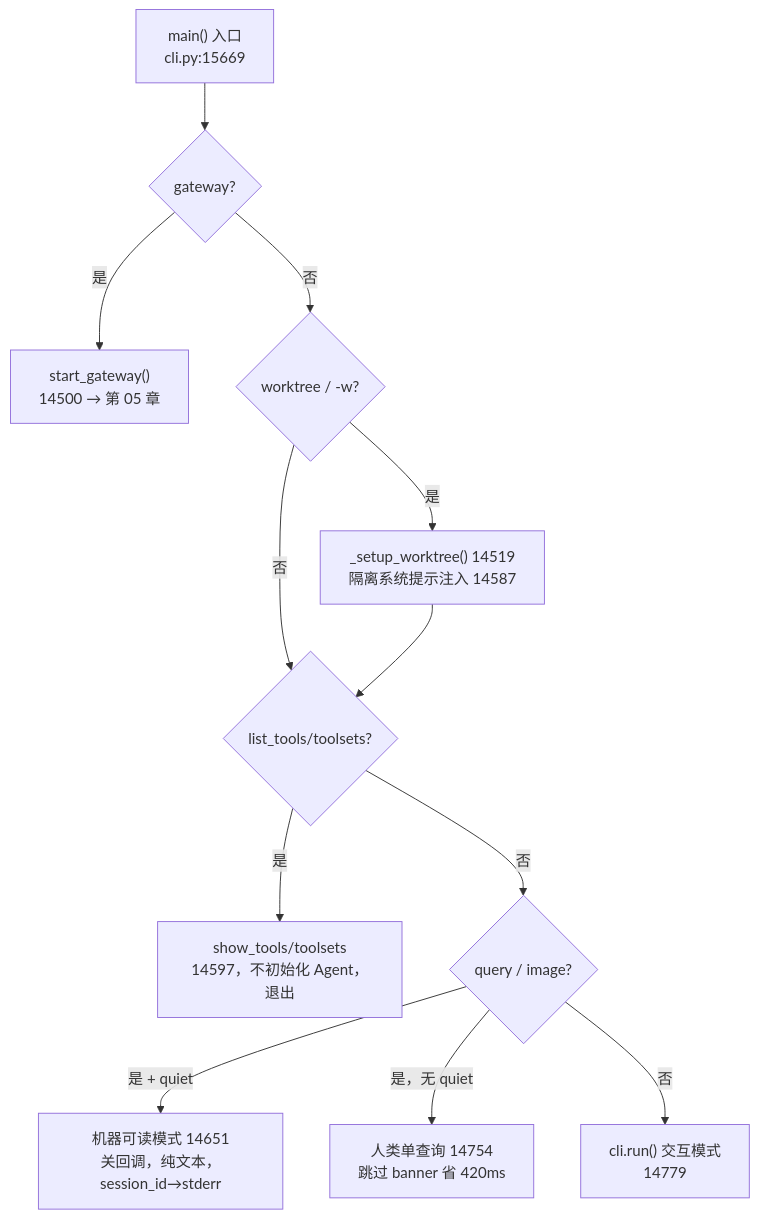
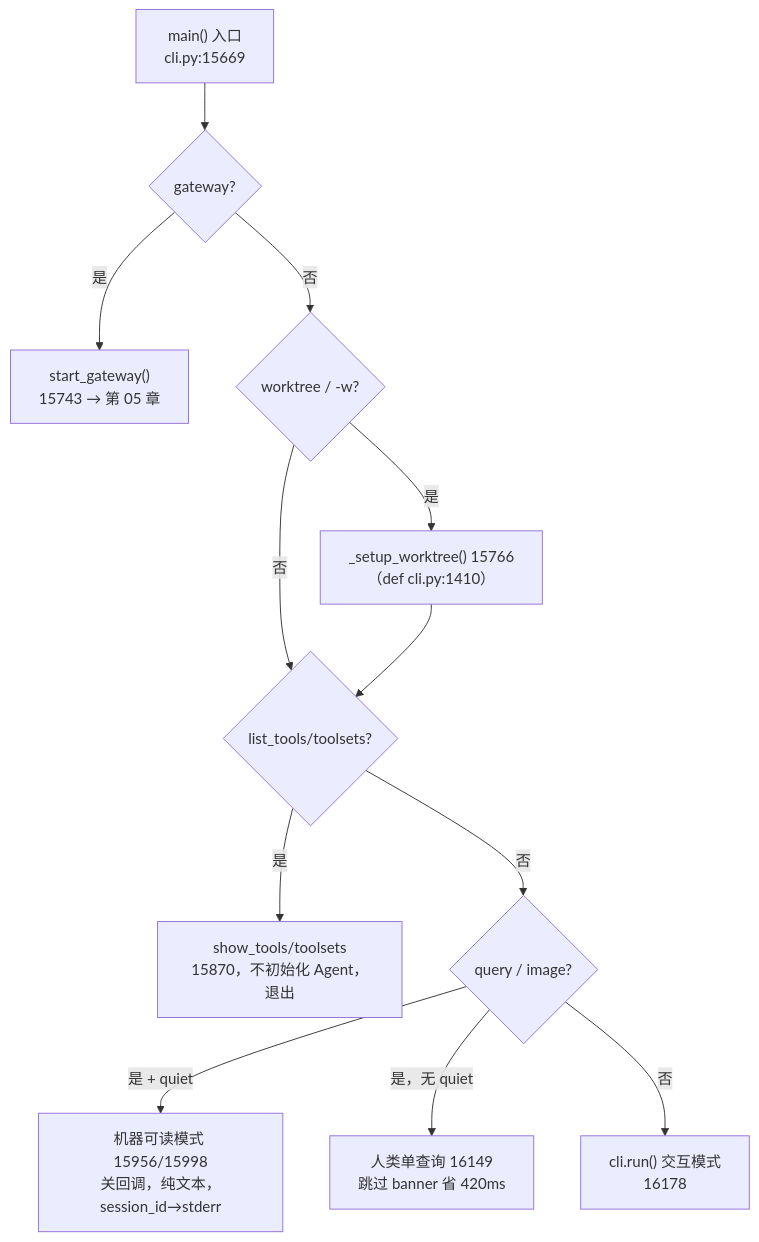
One commit to fang-lin/hermes-agent-code-analysis changed the fourth of 6 diagrams in docs/zh/10-交互界面与运行模式.md. Above: the diagram before and after it, drawn with Mermaid. The commit also changed other lines of this file and 1 other file, not shown here.

````diff
--- a/docs/zh/10-交互界面与运行模式.md
+++ b/docs/zh/10-交互界面与运行模式.md
@@ -373,14 +373,14 @@
 ```mermaid
 flowchart TD
     START["main() 入口<br/>cli.py:15669"] --> G{"gateway?"}
-    G -->|是| GW["start_gateway()<br/>14500 → 第 05 章"]
+    G -->|是| GW["start_gateway()<br/>15743 → 第 05 章"]
     G -->|否| WT{"worktree / -w?"}
-    WT -->|是| WTS["_setup_worktree() 14519<br/>隔离系统提示注入 14587"]
+    WT -->|是| WTS["_setup_worktree() 15766<br/>（def cli.py:1410）"]
     WT -->|否| LS{"list_tools/toolsets?"}
     WTS --> LS
-    LS -->|是| LST["show_tools/toolsets<br/>14597，不初始化 Agent，退出"]
+    LS -->|是| LST["show_tools/toolsets<br/>15870，不初始化 Agent，退出"]
     LS -->|否| QRY{"query / image?"}
-    QRY -->|"是 + quiet"| MQ["机器可读模式 14651<br/>关回调，纯文本，session_id→stderr"]
-    QRY -->|"是，无 quiet"| HQ["人类单查询 14754<br/>跳过 banner 省 420ms"]
-    QRY -->|否| RUN["cli.run() 交互模式<br/>14779"]
+    QRY -->|"是 + quiet"| MQ["机器可读模式 15956/15998<br/>关回调，纯文本，session_id→stderr"]
+    QRY -->|"是，无 quiet"| HQ["人类单查询 16149<br/>跳过 banner 省 420ms"]
+    QRY -->|否| RUN["cli.run() 交互模式<br/>16178"]
 ```
````
